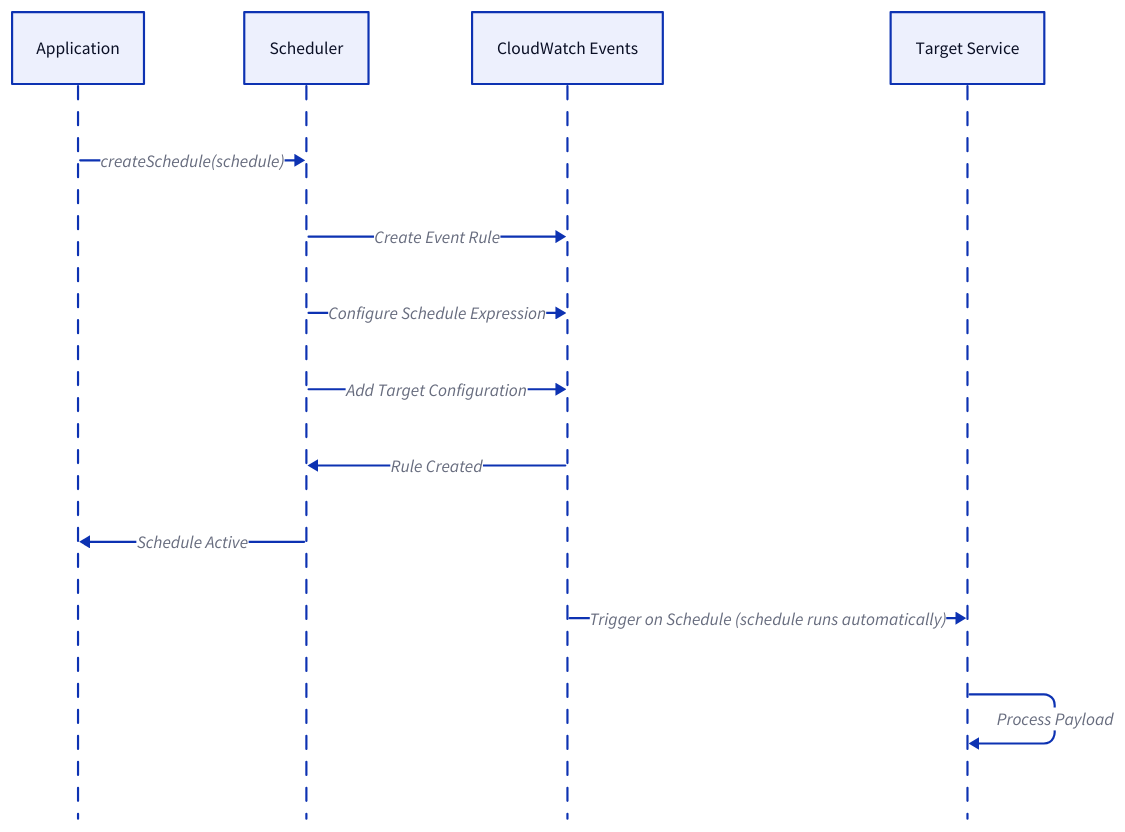
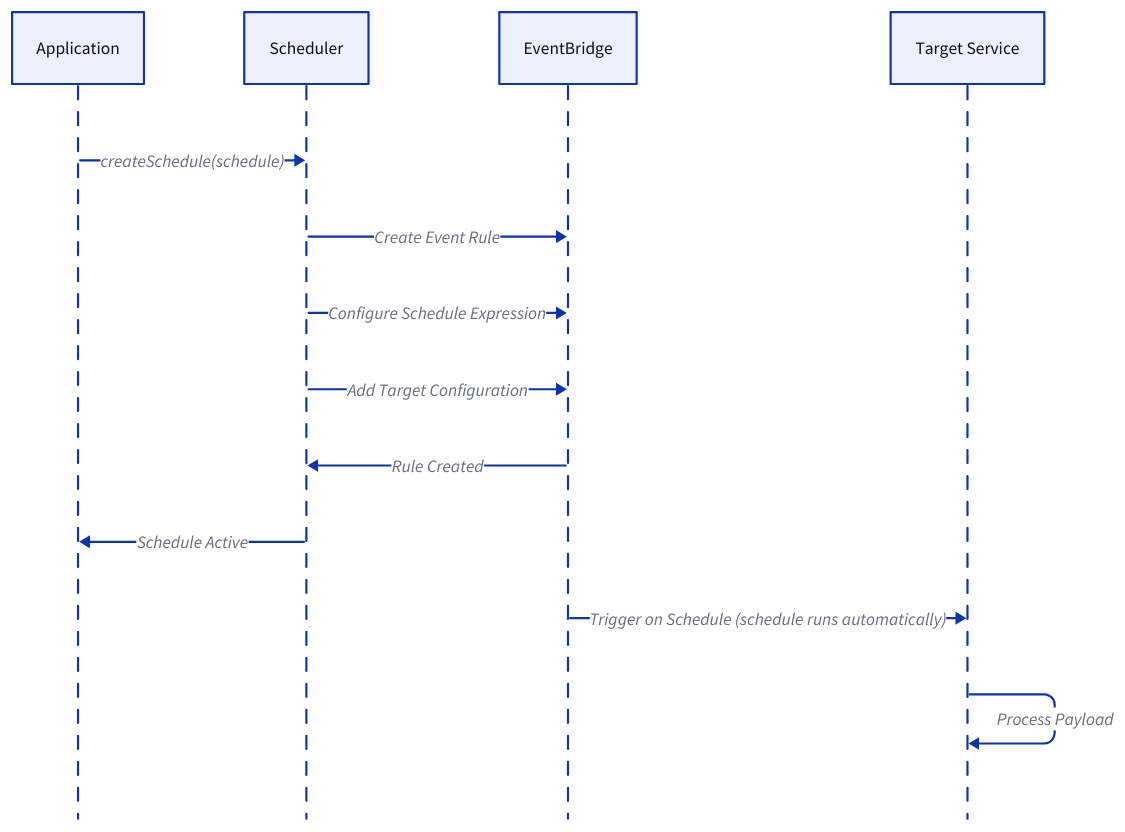
The second of 4 diagrams in packages/doc/docs-framework/runtime-components/scheduler.md (ReventlessDev/reventless-core), drawn with D2 before and after one commit. The commit also changed other lines of this file and 35 other files, not shown here.

````diff
--- a/packages/doc/docs-framework/runtime-components/scheduler.md
+++ b/packages/doc/docs-framework/runtime-components/scheduler.md
@@ -121,17 +121,17 @@
 ```d2
 shape: sequence_diagram
 
 App: Application { class: external-system }
 Sched: Scheduler { class: scheduler }
-CW: CloudWatch Events { class: aws-service }
+CW: EventBridge { class: aws-service }
 Target: Target Service { class: external-system }
 
 App -> Sched: "createSchedule(schedule)"
 Sched -> CW: Create Event Rule
 Sched -> CW: Configure Schedule Expression
 Sched -> CW: Add Target Configuration
 CW --> Sched: Rule Created
 Sched --> App: Schedule Active
 CW -> Target: "Trigger on Schedule (schedule runs automatically)"
 Target -> Target: Process Payload
 ```
````
